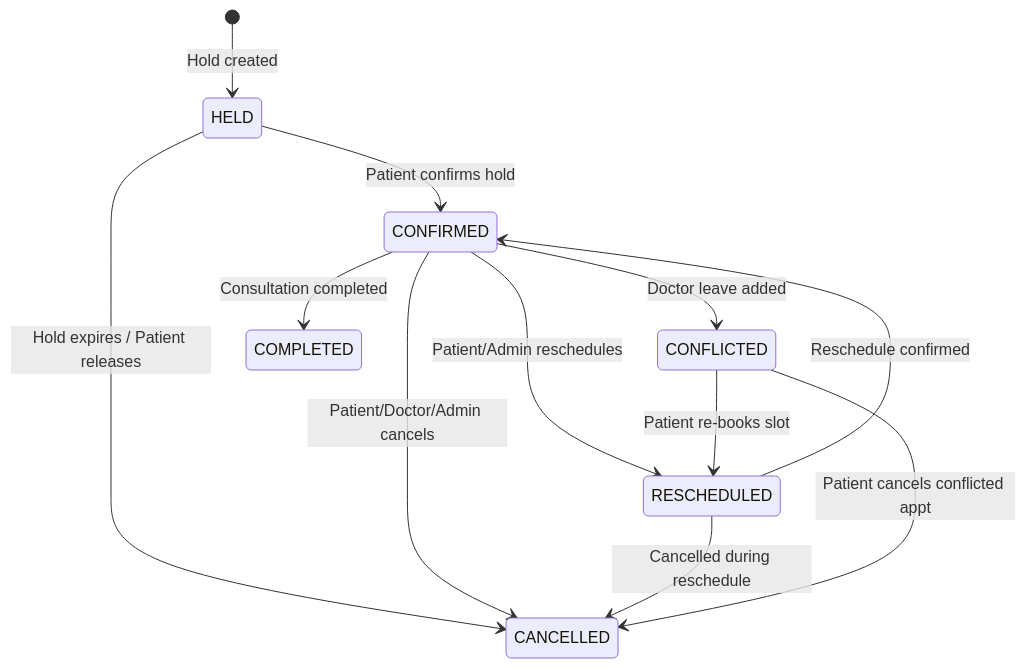
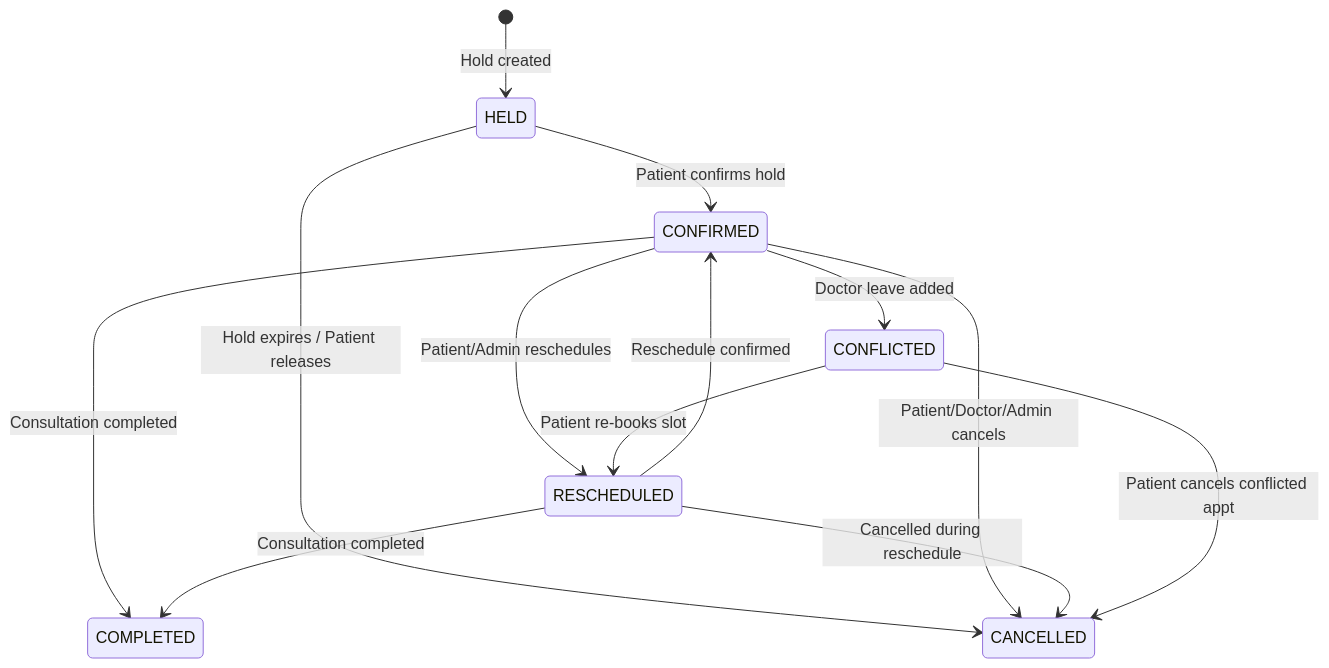
The second of 4 diagrams in docs/database-design.md (SakthiQ/Healthcare-Appointment-Follow-up-Manager), drawn with Mermaid before and after one commit. The commit also changed other lines of this file and 29 other files, not shown here.

````diff
--- a/docs/database-design.md
+++ b/docs/database-design.md
@@ -163,14 +163,15 @@
 ```mermaid
 stateDiagram-v2
     [*] --> HELD : Hold created
     HELD --> CONFIRMED : Patient confirms hold
     HELD --> CANCELLED : Hold expires / Patient releases
     CONFIRMED --> RESCHEDULED : Patient/Admin reschedules
     CONFIRMED --> CANCELLED : Patient/Doctor/Admin cancels
     CONFIRMED --> CONFLICTED : Doctor leave added
     CONFIRMED --> COMPLETED : Consultation completed
+    RESCHEDULED --> COMPLETED : Consultation completed
     RESCHEDULED --> CONFIRMED : Reschedule confirmed
     RESCHEDULED --> CANCELLED : Cancelled during reschedule
     CONFLICTED --> RESCHEDULED : Patient re-books slot
     CONFLICTED --> CANCELLED : Patient cancels conflicted appt
 ```
````
